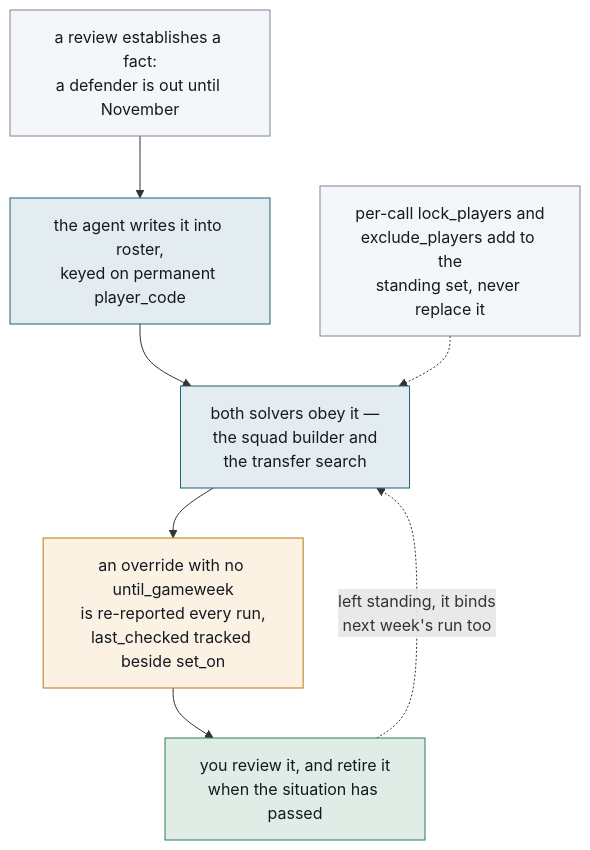
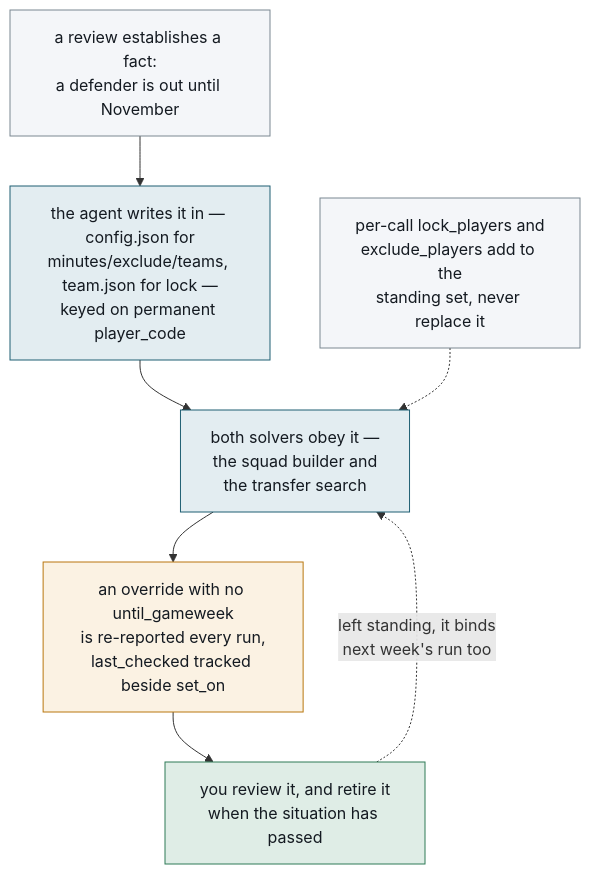
One commit to beeradb/FPL-Armband changed the third of 3 diagrams in docs/configuration.md. Above: the diagram before and after it, drawn with Mermaid. The commit also changed other lines of this file and 3 other files, not shown here.

````diff
--- a/docs/configuration.md
+++ b/docs/configuration.md
@@ -604,22 +713,22 @@
 ```mermaid
 flowchart TB
     est["a review establishes a fact:<br/>a defender is out until November"]
-    write["the agent writes it into roster,<br/>keyed on permanent player_code"]
+    write["the agent writes it in — config.json for<br/>minutes/exclude/teams, team.json for lock —<br/>keyed on permanent player_code"]
     solvers["both solvers obey it —<br/>the squad builder and<br/>the transfer search"]
     rereport["an override with no until_gameweek<br/>is re-reported every run,<br/>last_checked tracked beside set_on"]
     owner["you review it, and retire it<br/>when the situation has passed"]
     percall["per-call lock_players and<br/>exclude_players add to the<br/>standing set, never replace it"]
 
     est --> write --> solvers --> rereport --> owner
     owner -.->|"left standing, it binds<br/>next week's run too"| solvers
     percall -.-> solvers
 
     classDef pure fill:#E3EDF1,stroke:#1F5F73,color:#141A21
     classDef llm fill:#DFEDE6,stroke:#2F7A57,color:#141A21
     classDef test fill:#FBF2E3,stroke:#B9770E,color:#141A21
     classDef muted fill:#F4F6F9,stroke:#7A8791,color:#141A21
     class est,percall muted
     class write,solvers pure
     class rereport test
     class owner llm
 ```
````
